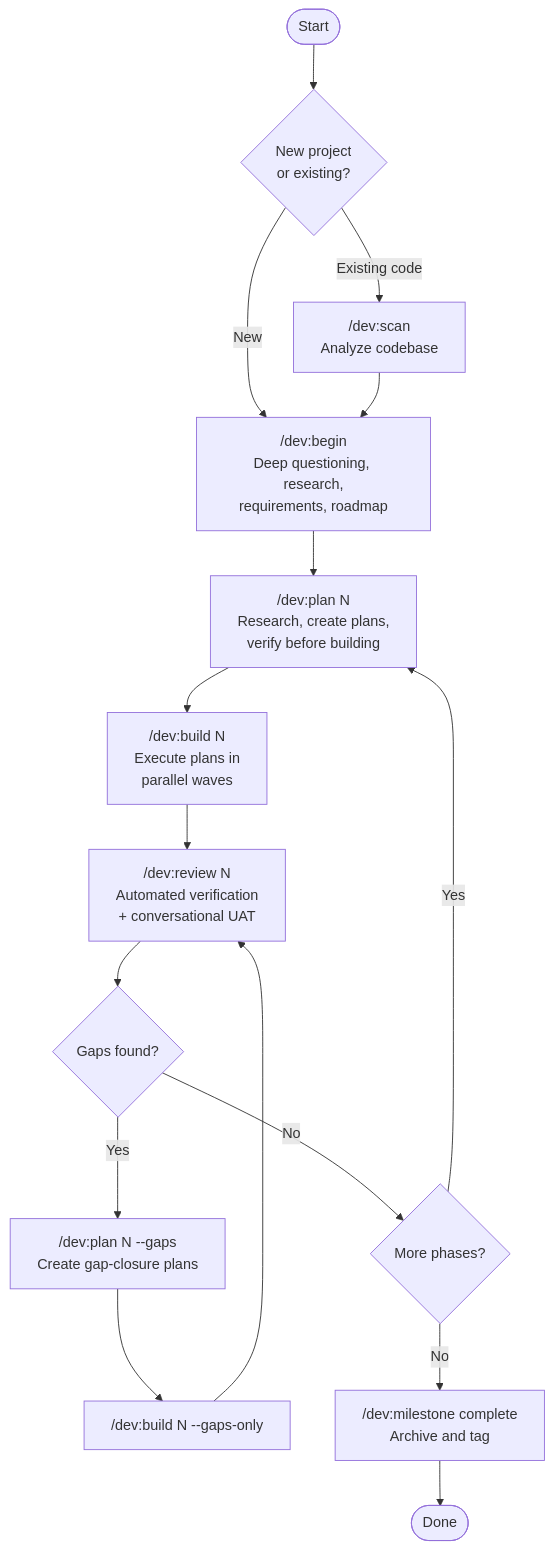
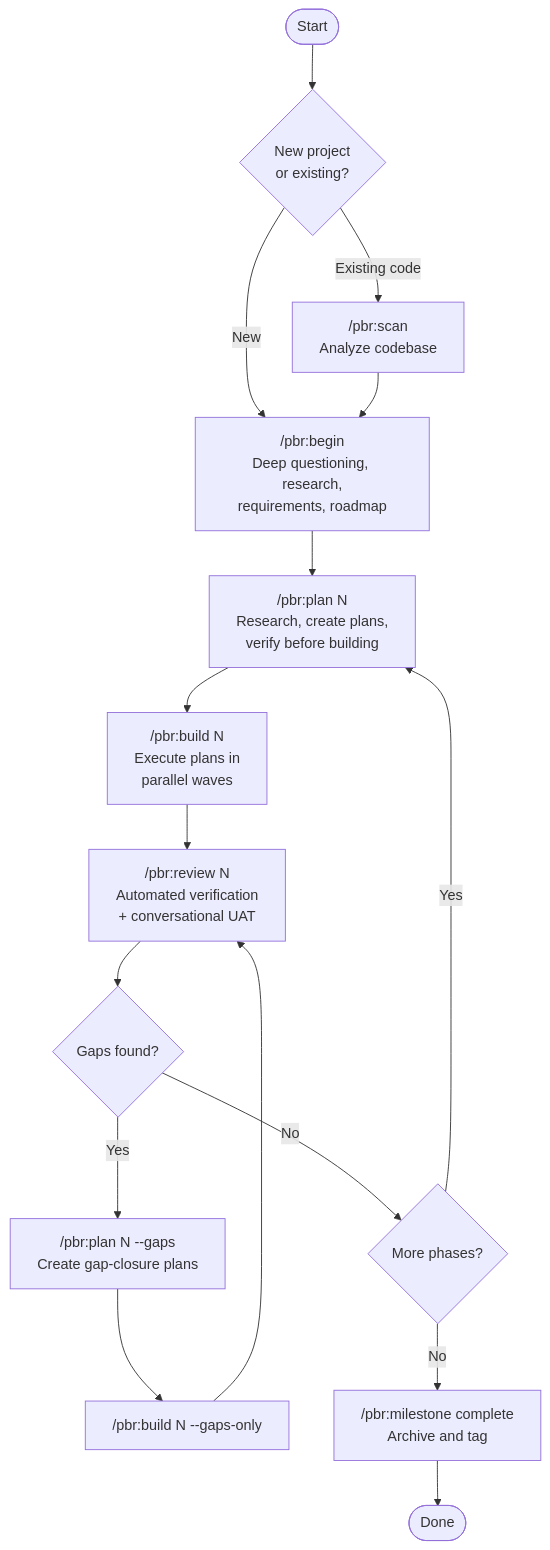
Before and after one commit to SienkLogic/plan-build-run: the first of 5 diagrams in docs/WORKFLOW.md, drawn with Mermaid. The commit also changed other lines of this file and 358 other files, not shown here.

First line of the commit message:
feat(tools): rebrand towline to plan-build-run

````diff
--- a/docs/WORKFLOW.md
+++ b/docs/WORKFLOW.md
@@ -7,25 +7,25 @@
 ```mermaid
 flowchart TD
     Start([Start]) --> NewOrExisting{New project<br/>or existing?}
 
-    NewOrExisting -->|New| Begin["/dev:begin<br/>Deep questioning, research,<br/>requirements, roadmap"]
-    NewOrExisting -->|Existing code| Scan["/dev:scan<br/>Analyze codebase"]
+    NewOrExisting -->|New| Begin["/pbr:begin<br/>Deep questioning, research,<br/>requirements, roadmap"]
+    NewOrExisting -->|Existing code| Scan["/pbr:scan<br/>Analyze codebase"]
     Scan --> Begin
 
-    Begin --> PlanPhase["/dev:plan N<br/>Research, create plans,<br/>verify before building"]
+    Begin --> PlanPhase["/pbr:plan N<br/>Research, create plans,<br/>verify before building"]
 
-    PlanPhase --> BuildPhase["/dev:build N<br/>Execute plans in<br/>parallel waves"]
+    PlanPhase --> BuildPhase["/pbr:build N<br/>Execute plans in<br/>parallel waves"]
 
-    BuildPhase --> ReviewPhase["/dev:review N<br/>Automated verification<br/>+ conversational UAT"]
+    BuildPhase --> ReviewPhase["/pbr:review N<br/>Automated verification<br/>+ conversational UAT"]
 
     ReviewPhase --> GapsFound{Gaps found?}
 
     GapsFound -->|No| MorePhases{More phases?}
-    GapsFound -->|Yes| FixGaps["/dev:plan N --gaps<br/>Create gap-closure plans"]
-    FixGaps --> BuildGaps["/dev:build N --gaps-only"]
+    GapsFound -->|Yes| FixGaps["/pbr:plan N --gaps<br/>Create gap-closure plans"]
+    FixGaps --> BuildGaps["/pbr:build N --gaps-only"]
     BuildGaps --> ReviewPhase
 
     MorePhases -->|Yes| PlanPhase
-    MorePhases -->|No| Milestone["/dev:milestone complete<br/>Archive and tag"]
+    MorePhases -->|No| Milestone["/pbr:milestone complete<br/>Archive and tag"]
     Milestone --> Done([Done])
 ```
````
